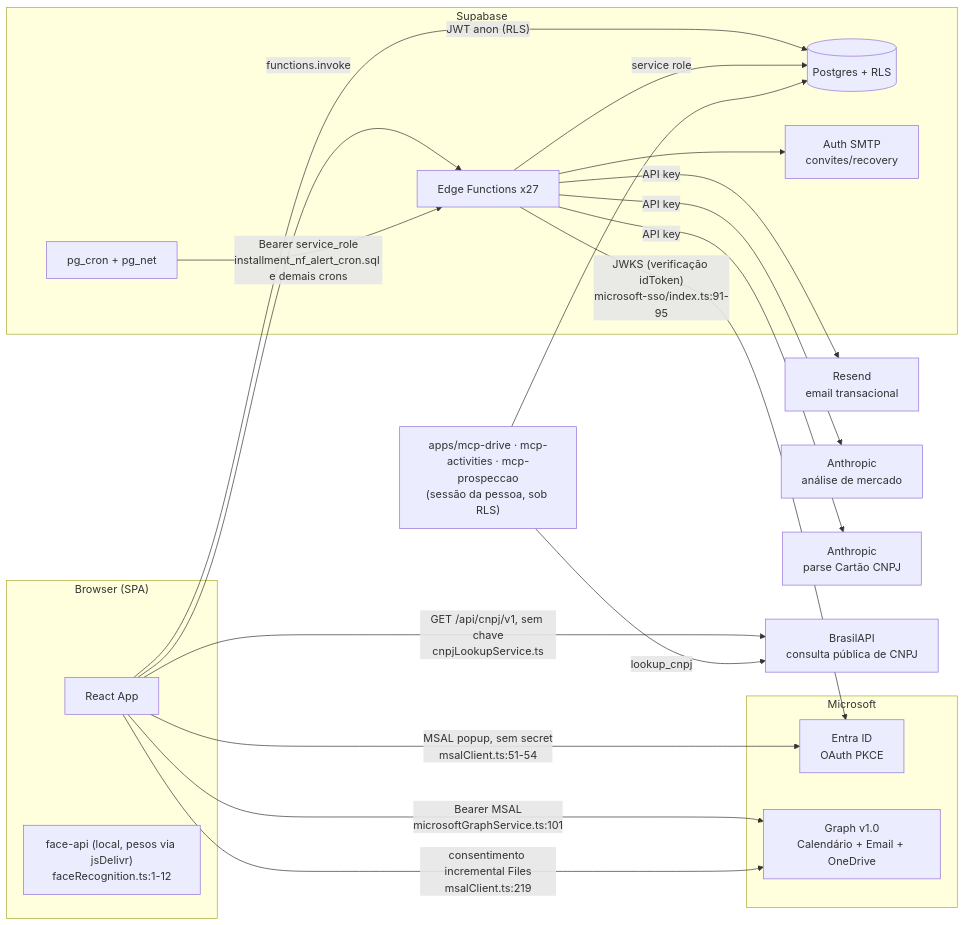
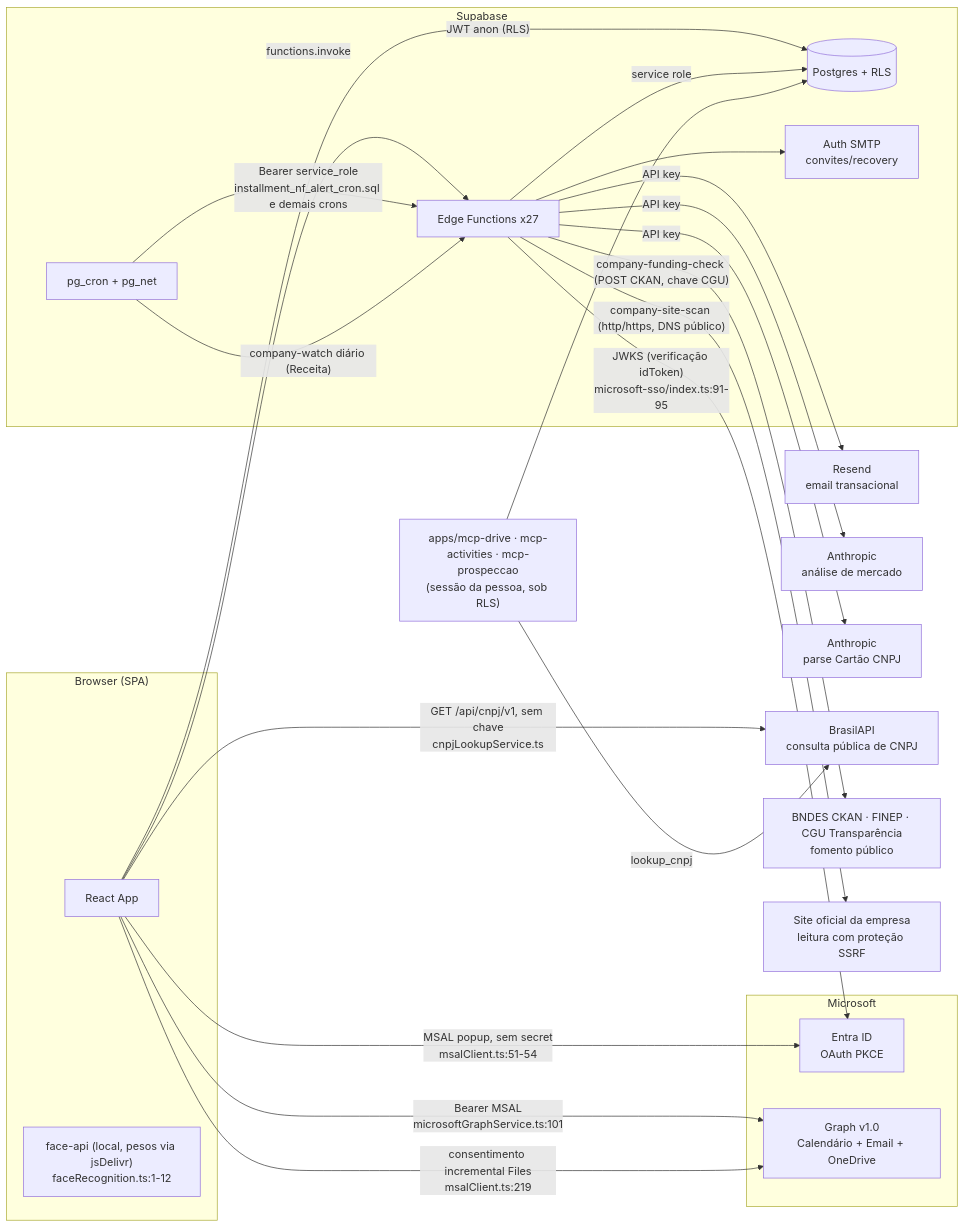
Before and after one commit to Origami-Lab-Organization/og-pulse: the diagram in .harness/docs/architecture/integrations.md, drawn with Mermaid. The commit also changed other lines of this file and 4 other files, not shown here.

````diff
--- a/.harness/docs/architecture/integrations.md
+++ b/.harness/docs/architecture/integrations.md
@@ -28,40 +32,45 @@
 ```mermaid
 flowchart LR
     subgraph Browser["Browser (SPA)"]
         SPA[React App]
         FACE["face-api (local, pesos via jsDelivr)<br/>faceRecognition.ts:1-12"]
     end
 
     subgraph Supabase
         REST[(Postgres + RLS)]
         EF[Edge Functions x27]
         CRON[pg_cron + pg_net]
         SMTP[Auth SMTP<br/>convites/recovery]
     end
 
     subgraph Microsoft
         ENTRA[Entra ID<br/>OAuth PKCE]
         GRAPH[Graph v1.0<br/>Calendário + Email + OneDrive]
     end
 
     EXT1[Resend<br/>email transacional]
     EXT2[Anthropic<br/>análise de mercado]
     EXT3[Anthropic<br/>parse Cartão CNPJ]
     EXT4[BrasilAPI<br/>consulta pública de CNPJ]
+    EXT5[BNDES CKAN · FINEP · CGU Transparência<br/>fomento público]
+    EXT6[Site oficial da empresa<br/>leitura com proteção SSRF]
 
     SPA -->|"JWT anon (RLS)"| REST
     SPA -->|functions.invoke| EF
     SPA -->|"MSAL popup, sem secret<br/>msalClient.ts:51-54"| ENTRA
     SPA -->|"Bearer MSAL<br/>microsoftGraphService.ts:101"| GRAPH
     SPA -->|"consentimento incremental Files<br/>msalClient.ts:219"| GRAPH
     CRON -->|"Bearer service_role<br/>installment_nf_alert_cron.sql e demais crons"| EF
     EF -->|service role| REST
     EF -->|"JWKS (verificação idToken)<br/>microsoft-sso/index.ts:91-95"| ENTRA
     EF -->|API key| EXT1
     EF -->|API key| EXT2
     EF -->|API key| EXT3
     EF --> SMTP
+    EF -->|"company-funding-check (POST CKAN, chave CGU)"| EXT5
+    EF -->|"company-site-scan (http/https, DNS público)"| EXT6
+    CRON -->|"company-watch diário (Receita)"| EF
     SPA -->|"GET /api/cnpj/v1, sem chave<br/>cnpjLookupService.ts"| EXT4
     MCP["apps/mcp-drive · mcp-activities · mcp-prospeccao<br/>(sessão da pessoa, sob RLS)"] --> REST
     MCP -->|"lookup_cnpj"| EXT4
 ```
````
